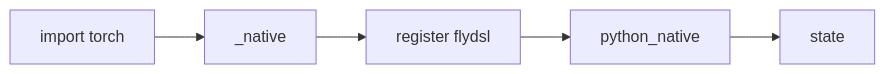
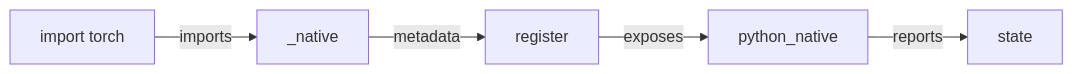
Before and after one commit to XiaobingSuper/FlyDSL: the second of 5 diagrams in docs/pytorch_integration_rfc.md, drawn with Mermaid. The commit also changed other lines of this file and 1 other file, not shown here.

First line of the commit message:
[Docs] Expand PyTorch integration planes

````diff
--- a/docs/pytorch_integration_rfc.md
+++ b/docs/pytorch_integration_rfc.md
@@ -138,7 +150,7 @@
 ```mermaid
 flowchart LR
-    A["import torch"] --> B["_native"]
-    B --> C["register flydsl"]
-    C --> D["python_native"]
-    D --> E["state"]
+    A["import torch"] -->|imports| B["_native"]
+    B -->|metadata| C["register"]
+    C -->|exposes| D["python_native"]
+    D -->|reports| E["state"]
 ```
````
